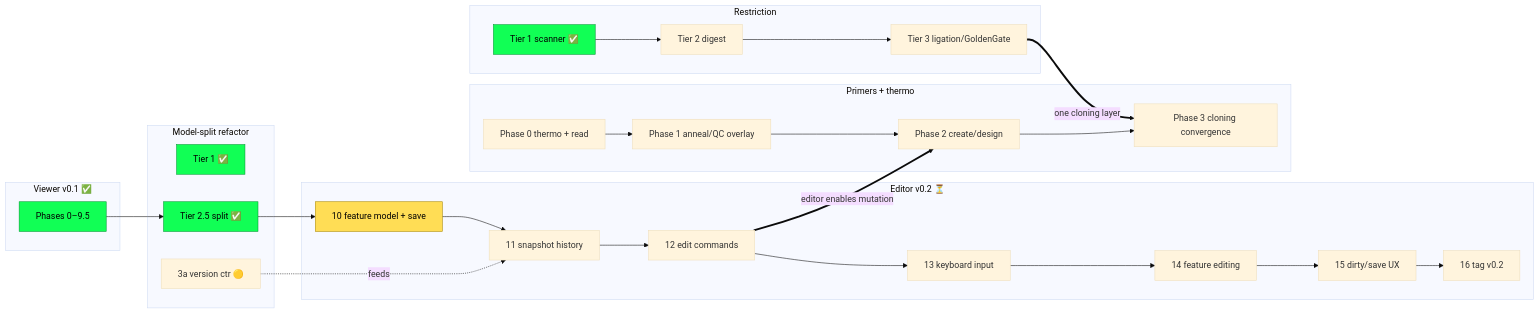
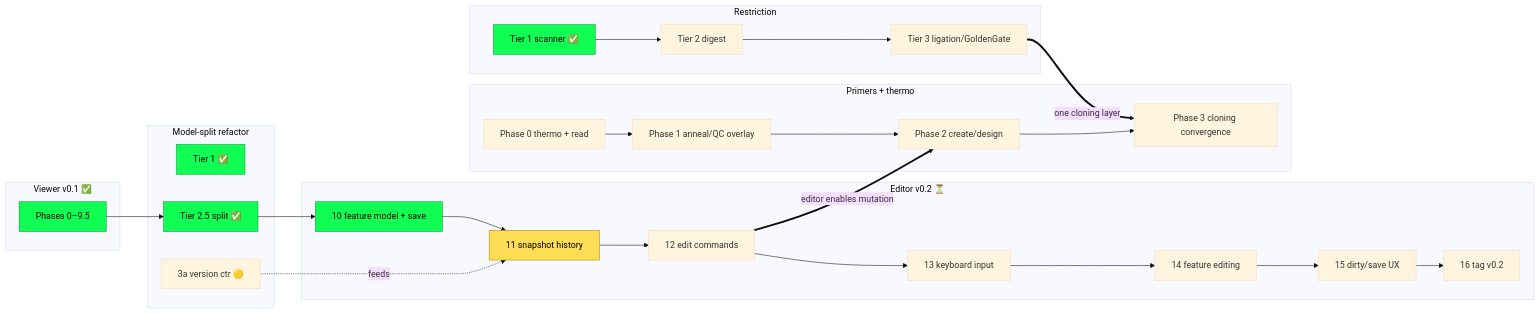
One commit to cmoscy/seqforge changed the diagram in ROADMAP.md. Above: the diagram before and after it, drawn with Mermaid (base theme). The commit also changed other lines of this file and 15 other files, not shown here.

````diff
--- a/ROADMAP.md
+++ b/ROADMAP.md
@@ -44,47 +44,47 @@
 ```mermaid
 flowchart LR
     subgraph viewer["Viewer v0.1 ✅"]
         V[Phases 0–9.5]
     end
     subgraph refactor["Model-split refactor"]
         R1[Tier 1 ✅]
         R25[Tier 2.5 split ✅]
         R3a[3a version ctr 🟡]
     end
     subgraph editor["Editor v0.2 ⏳"]
         E10[10 feature model + save]
         E11[11 snapshot history]
         E12[12 edit commands]
         E13[13 keyboard input]
         E14[14 feature editing]
         E15[15 dirty/save UX]
         E16[16 tag v0.2]
     end
     subgraph restr["Restriction"]
         T1[Tier 1 scanner ✅]
         T2[Tier 2 digest]
         T3[Tier 3 ligation/GoldenGate]
     end
     subgraph primer["Primers + thermo"]
         P0[Phase 0 thermo + read]
         P1[Phase 1 anneal/QC overlay]
         P2[Phase 2 create/design]
         P3[Phase 3 cloning convergence]
     end
 
     V --> R25
     R25 --> E10
     R3a -.feeds.-> E11
     E10 --> E11 --> E12 --> E13 --> E14 --> E15 --> E16
 
     T1 --> T2 --> T3
     P0 --> P1 --> P2 --> P3
 
     E12 ==>|editor enables mutation| P2
     T3 ==>|one cloning layer| P3
 
     classDef done fill:#1f5,stroke:#093,color:#000;
     classDef next fill:#fd5,stroke:#a80,color:#000;
-    class V,R1,R25,T1 done;
-    class E10 next;
+    class V,R1,R25,T1,E10 done;
+    class E11 next;
 ```
````
